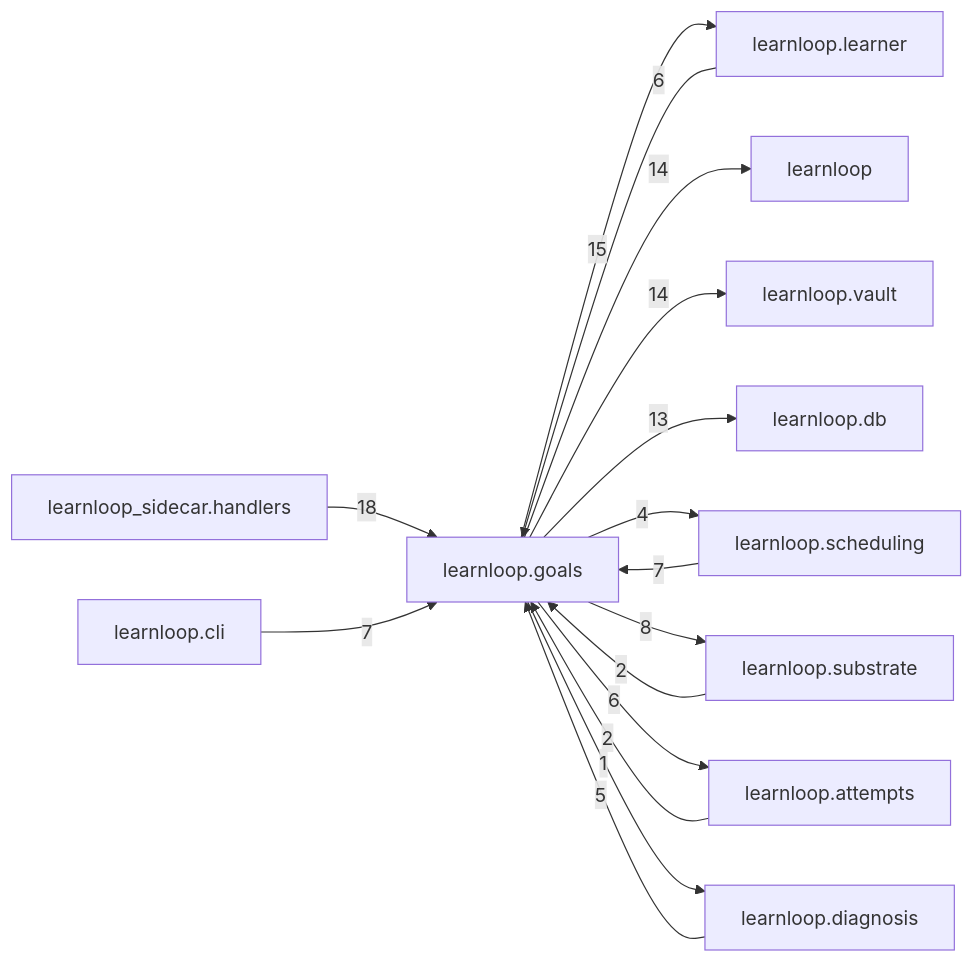
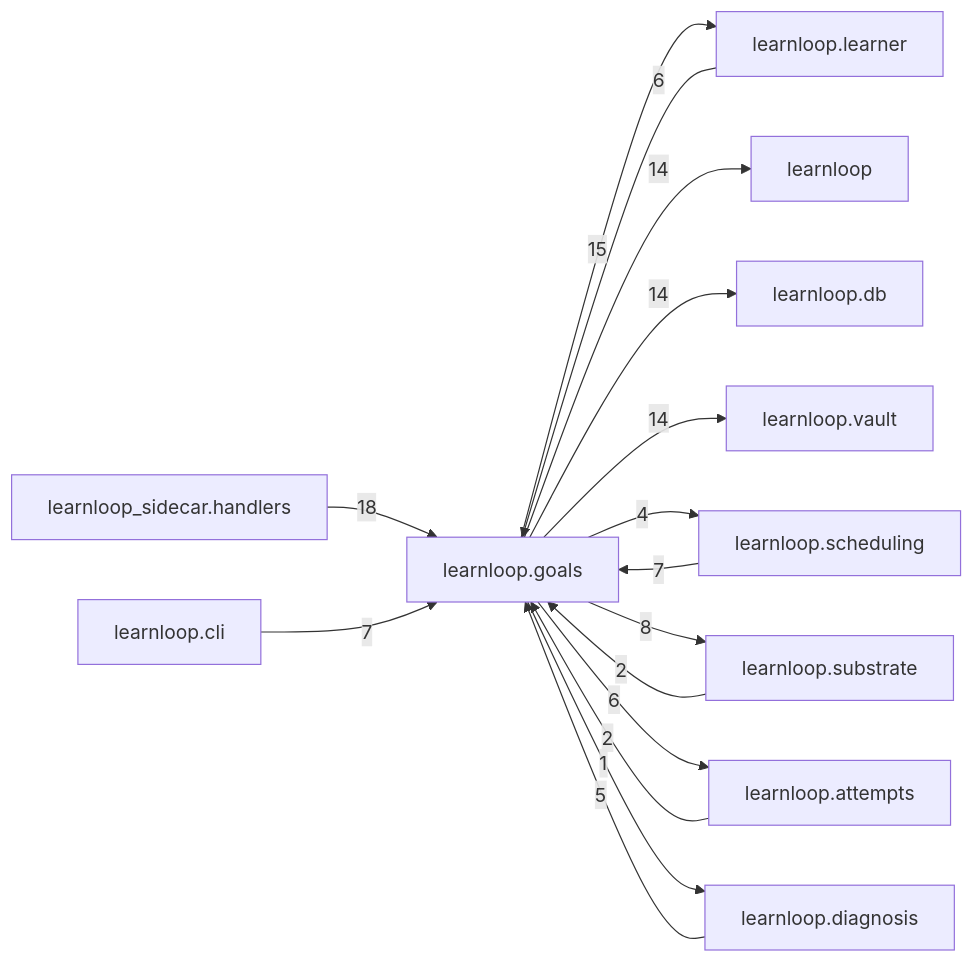
The diagram in docs/learnloop-architecture-vault/Reference/Modules/learnloop/goals/_package.md (6up-b/learnanything), drawn with Mermaid before and after one commit. The commit also changed other lines of this file and 338 other files, not shown here.

````diff
--- a/docs/learnloop-architecture-vault/Reference/Modules/learnloop/goals/_package.md
+++ b/docs/learnloop-architecture-vault/Reference/Modules/learnloop/goals/_package.md
@@ -116,29 +116,29 @@
 ```mermaid
 flowchart LR
     center["learnloop.goals"]
     n_learnloop_learner["learnloop.learner"]
     n_learnloop_sidecar_handlers["learnloop_sidecar.handlers"]
     n_learnloop["learnloop"]
+    n_learnloop_db["learnloop.db"]
     n_learnloop_vault["learnloop.vault"]
-    n_learnloop_db["learnloop.db"]
     n_learnloop_scheduling["learnloop.scheduling"]
     n_learnloop_substrate["learnloop.substrate"]
     n_learnloop_attempts["learnloop.attempts"]
     n_learnloop_cli["learnloop.cli"]
     n_learnloop_diagnosis["learnloop.diagnosis"]
     n_learnloop_learner -->|6| center
     center -->|15| n_learnloop_learner
     n_learnloop_sidecar_handlers -->|18| center
     center -->|14| n_learnloop
+    center -->|14| n_learnloop_db
     center -->|14| n_learnloop_vault
-    center -->|13| n_learnloop_db
     n_learnloop_scheduling -->|7| center
     center -->|4| n_learnloop_scheduling
     n_learnloop_substrate -->|2| center
     center -->|8| n_learnloop_substrate
     n_learnloop_attempts -->|2| center
     center -->|6| n_learnloop_attempts
     n_learnloop_cli -->|7| center
     n_learnloop_diagnosis -->|5| center
     center -->|1| n_learnloop_diagnosis
 ```
````
